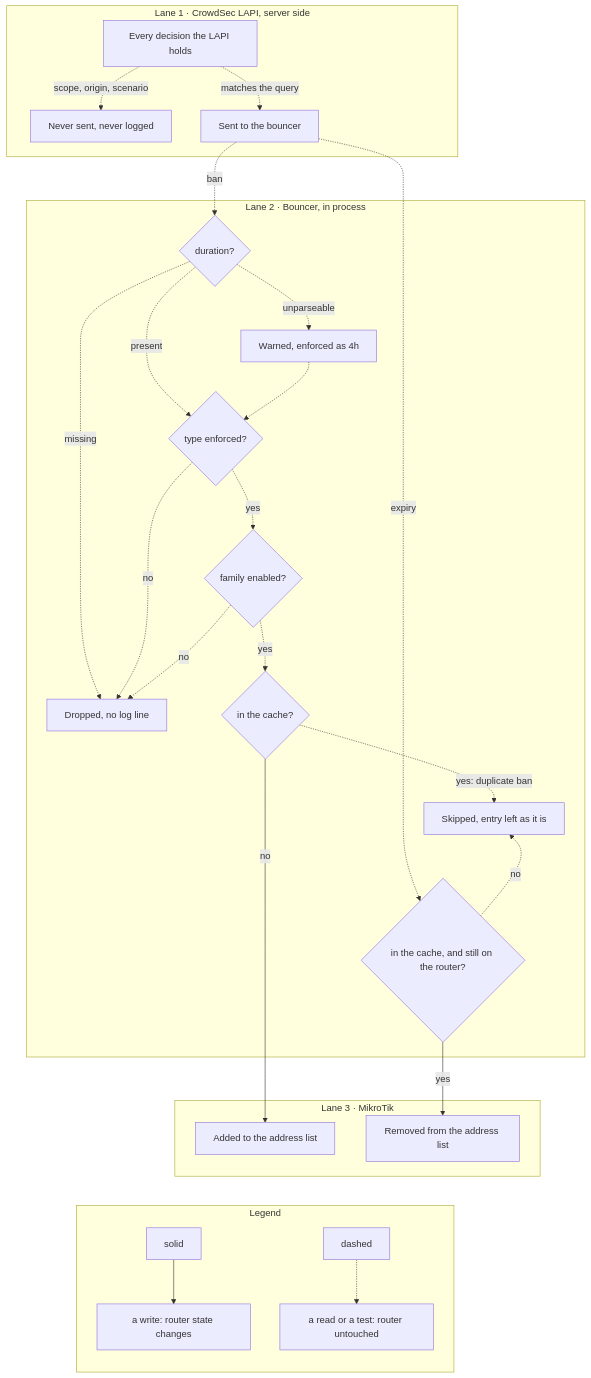
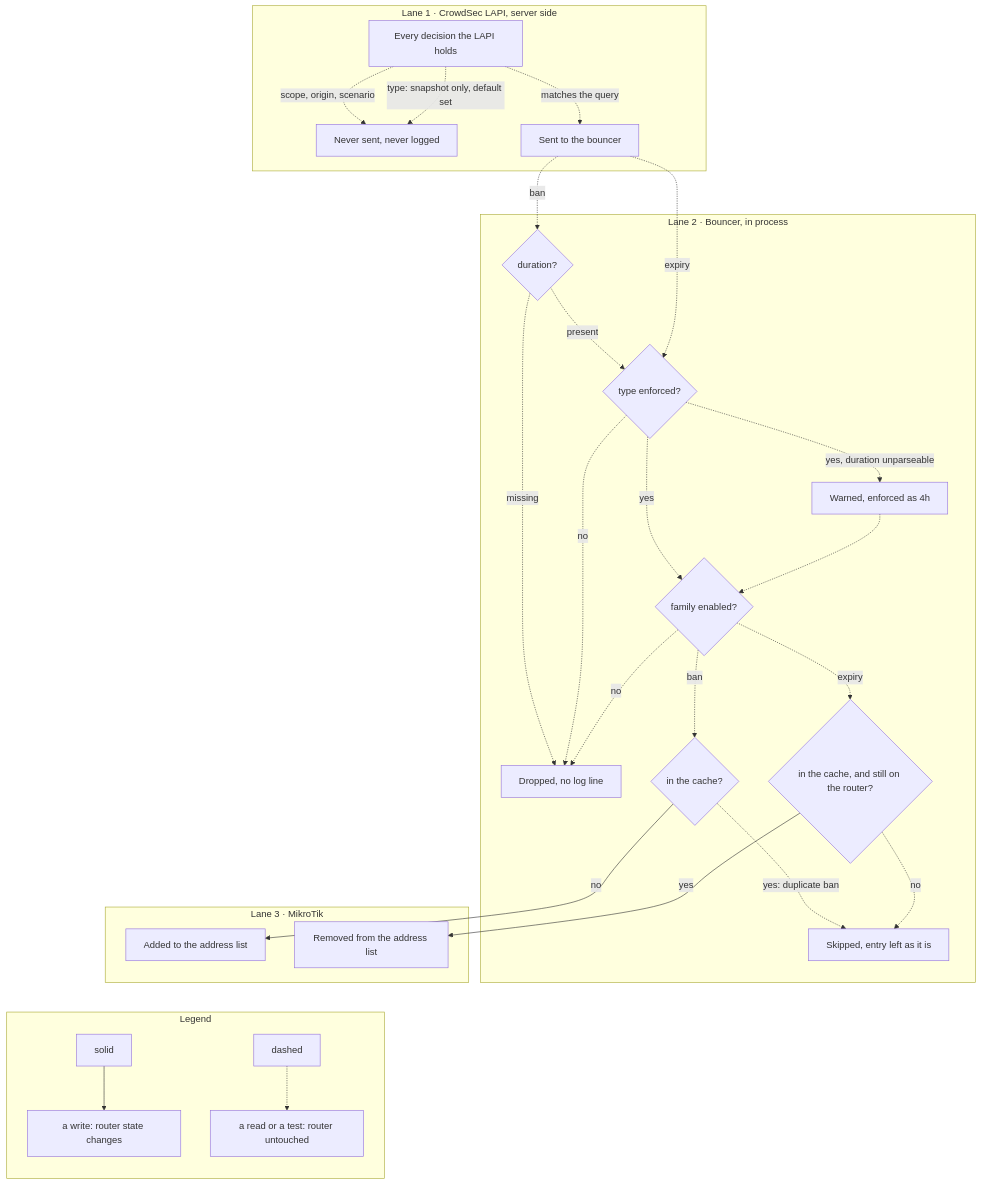
The diagram in docs/src/content/docs/architecture/decisions.mdx (jmrplens/cs-routeros-bouncer), drawn with Mermaid before and after one commit. The commit also changed other lines of this file and 16 other files, not shown here.

````diff
--- a/docs/src/content/docs/architecture/decisions.mdx
+++ b/docs/src/content/docs/architecture/decisions.mdx
@@ -14,36 +14,37 @@
 ```mermaid
 flowchart TB
     accTitle: Where a CrowdSec decision can be dropped before it reaches the router
-    accDescr: Three lanes. In lane one the Local API applies the scope, origin and scenario filters carried on the bouncer's query, so anything they exclude is never sent and nothing local records it. In lane two the bouncer drops a new decision that carries no duration, one whose type is not in the enforced set, and one for a disabled protocol family, all without a log line; a duration it cannot parse is warned about and enforced as four hours rather than dropped, and a ban whose address is already in the in-memory cache is skipped without an API call. An expiry is skipped when its address is not in the cache or no longer on the router. In lane three, what is left is added to or removed from the address list.
+    accDescr: Three lanes. In lane one the Local API applies the scope, origin and scenario filters carried on the bouncer's query, plus a type filter on the reconciliation snapshot while the enforced set is the default one, so anything they exclude is never sent and nothing local records it. In lane two a new decision that carries no duration is dropped first; every decision that is left, expiries included, is then dropped when its type is not in the enforced set and when its protocol family is disabled, all without a log line. A duration it cannot parse is warned about and enforced as four hours rather than dropped. A ban whose address is already in the in-memory cache is skipped without an API call, and an expiry is skipped when its address is not in the cache or no longer on the router. In lane three, what is left is added to or removed from the address list.
     subgraph LAPI["Lane 1 · CrowdSec LAPI, server side"]
         ALL["Every decision the LAPI holds"]
         ALL -. "scope, origin, scenario" .-> N1["Never sent, never logged"]
+        ALL -. "type: snapshot only, default set" .-> N1
         ALL -. "matches the query" .-> SENT["Sent to the bouncer"]
     end
     subgraph BOUNCER["Lane 2 · Bouncer, in process"]
         SENT -. "ban" .-> D{"duration?"}
         D -. "missing" .-> N2["Dropped, no log line"]
-        D -. "unparseable" .-> W["Warned, enforced as 4h"]
         D -. "present" .-> T{"type enforced?"}
-        W -.-> T
+        SENT -. "expiry" .-> T
         T -. "no" .-> N2
+        T -. "yes, duration unparseable" .-> W["Warned, enforced as 4h"]
         T -. "yes" .-> PR{"family enabled?"}
+        W -.-> PR
         PR -. "no" .-> N2
-        PR -. "yes" .-> CA{"in the cache?"}
+        PR -. "ban" .-> CA{"in the cache?"}
+        PR -. "expiry" .-> CD{"in the cache, and still on the router?"}
         CA -. "yes: duplicate ban" .-> N3["Skipped, entry left as it is"]
-        SENT -. "expiry" .-> CD{"in the cache, and still on the router?"}
         CD -. "no" .-> N3
-        N3 ~~~ CD
     end
     subgraph ROUTER["Lane 3 · MikroTik"]
         CA -- "no" --> ADD["Added to the address list"]
         CD -- "yes" --> DEL["Removed from the address list"]
     end
 
     ADD ~~~ LEG
     subgraph LEG["Legend"]
         direction TB
         LA["solid"] --> LB["a write: router state changes"]
         LC["dashed"] -.-> LD["a read or a test: router untouched"]
     end
 ```
````
